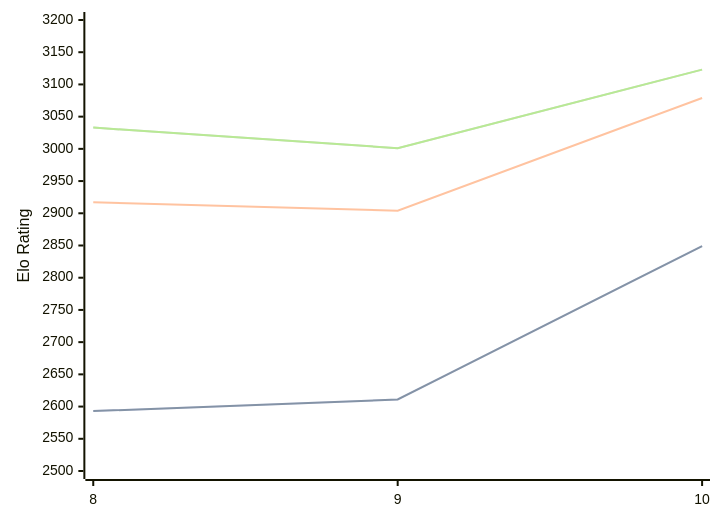
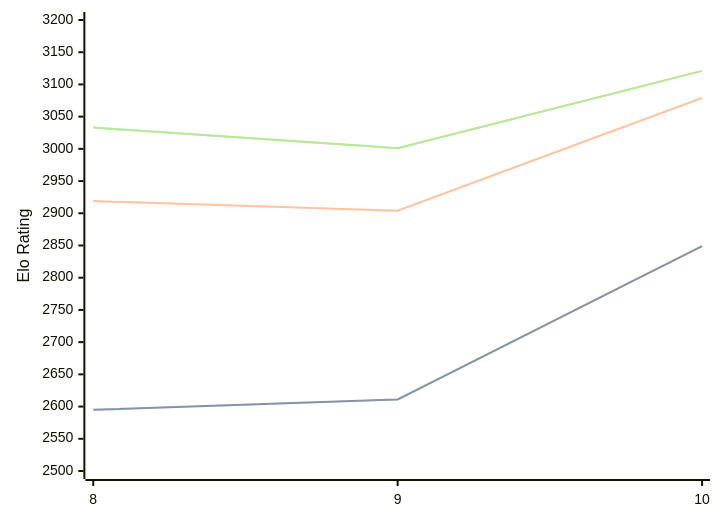
One commit to computer-chess-index/cci changed the diagram in engines/Lozza.md. Above: the diagram before and after it, drawn with Mermaid. The commit also changed other lines of this file, not shown here.

Commit message:
Update CCI Ratings (ELO VLTC) - 2026-09-08

````diff
--- a/engines/Lozza.md
+++ b/engines/Lozza.md
@@ -33,11 +33,11 @@
 ```mermaid
 %%{init: {"theme":"base","themeVariables":{"seriesColors:['#a3a3a3','#222221','#faa371']}}}%%
 xychart-beta
   x-axis ["8", "9", "10"]
   y-axis "Elo Rating" 2500 --> 3200
-  line "" [2593, 2611, 2849]
-  line "STC (8.0+0.08s)" [2593, 2611, 2849]
-  line "LTC (60.0+0.60s)" [2917, 2904, 3079]
-  line "" [3033, 3001, 3123]
-  line "VLTC (2m24s+1.12s)" [3033, 3001, 3123]
+  line "" [2595, 2611, 2849]
+  line "STC (8.0+0.08s)" [2595, 2611, 2849]
+  line "LTC (60.0+0.60s)" [2919, 2904, 3079]
+  line "" [3033, 3001, 3121]
+  line "VLTC (2m24s+1.12s)" [3033, 3001, 3121]
 ```
````
